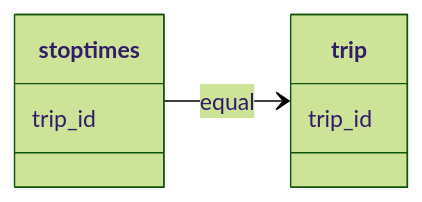
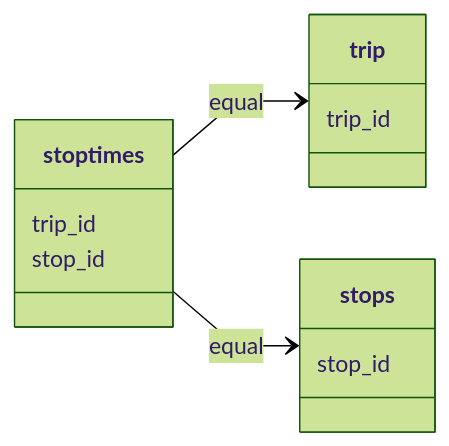
The second of 2 diagrams in src/Templates/output_template3.md (oeg-upm/rmldoc), drawn with Mermaid before and after one commit. The commit also changed other lines of this file, not shown here.

````diff
--- a/src/Templates/output_template3.md
+++ b/src/Templates/output_template3.md
@@ -62,8 +62,12 @@
 ```mermaid
 %%{ init : { "theme" : "forest", "flowchart" : { "curve" : "linear" }}}%%
 classDiagram
 direction LR
 stoptimes --> trip : equal
+stoptimes --> stops : equal
 stoptimes : trip_id
+stoptimes : stop_id
 trip:trip_id 
+stops : stop_id
+
 ```
````
